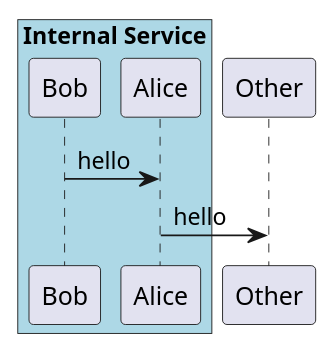
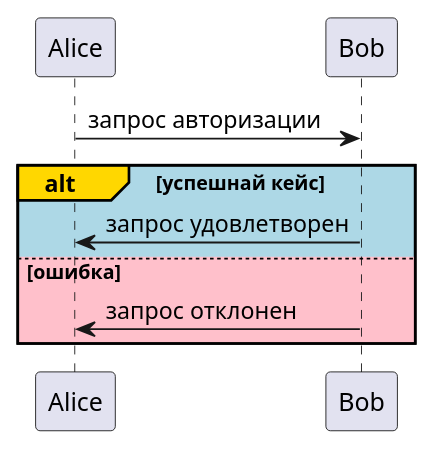
The diagram in sequence.wsd (mizandarii/uml), drawn with PlantUML before and after one commit.

Commit message:
15.group by color

```diff
--- a/sequence.wsd
+++ b/sequence.wsd
@@ -1,12 +1,9 @@
 @startuml 
 
-box "Internal Service" #LightBlue
-participant Bob
-participant Alice
-end box
-participant Other
-
-Bob -> Alice : hello
-Alice -> Other : hello
-
+Alice -> Bob: запрос авторизации
+alt#Gold #LightBlue успешнай кейс
+    Bob -> Alice: запрос удовлетворен
+else #Pink ошибка
+    Bob->Alice: запрос отклонен
+end
 @enduml
```
